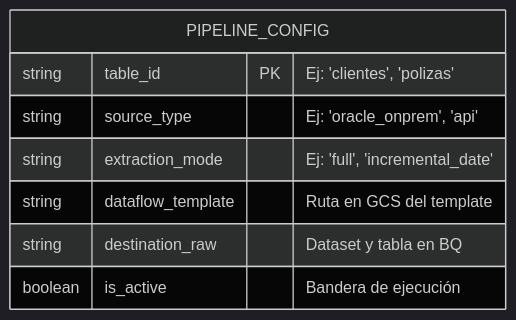
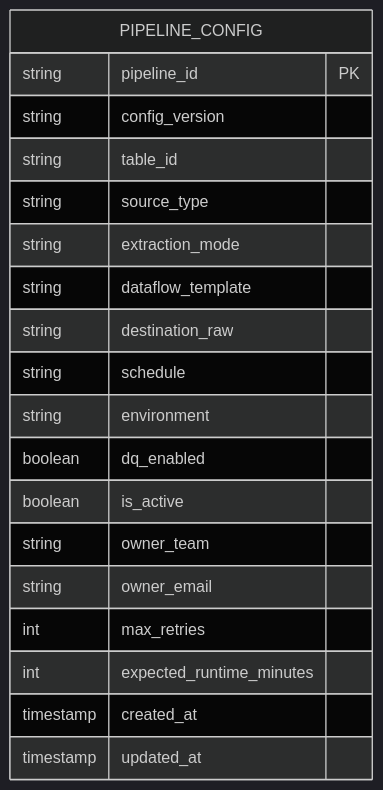
The first of 3 diagrams in docs/architecture/metadata-orchestrator.md (Claver85/data-platform-lab), drawn with Mermaid (dark theme) before and after one commit. The commit also changed other lines of this file and 1 other file, not shown here.

Commit message:
Add metadata-driven orchestration architecture

````diff
--- a/docs/architecture/metadata-orchestrator.md
+++ b/docs/architecture/metadata-orchestrator.md
@@ -6,11 +30,29 @@
 ```mermaid
 erDiagram
     PIPELINE_CONFIG {
-        string table_id PK "Ej: 'clientes', 'polizas'"
-        string source_type "Ej: 'oracle_onprem', 'api'"
-        string extraction_mode "Ej: 'full', 'incremental_date'"
-        string dataflow_template "Ruta en GCS del template"
-        string destination_raw "Dataset y tabla en BQ"
-        boolean is_active "Bandera de ejecución"
+
+        string pipeline_id PK
+        string config_version
+        string table_id
+        string source_type
+        string extraction_mode
+
+        string dataflow_template
+        string destination_raw
+
+        string schedule
+        string environment
+
+        boolean dq_enabled
+        boolean is_active
+
+        string owner_team
+        string owner_email
+
+        int max_retries
+        int expected_runtime_minutes
+
+        timestamp created_at
+        timestamp updated_at
     }
 ```
````
